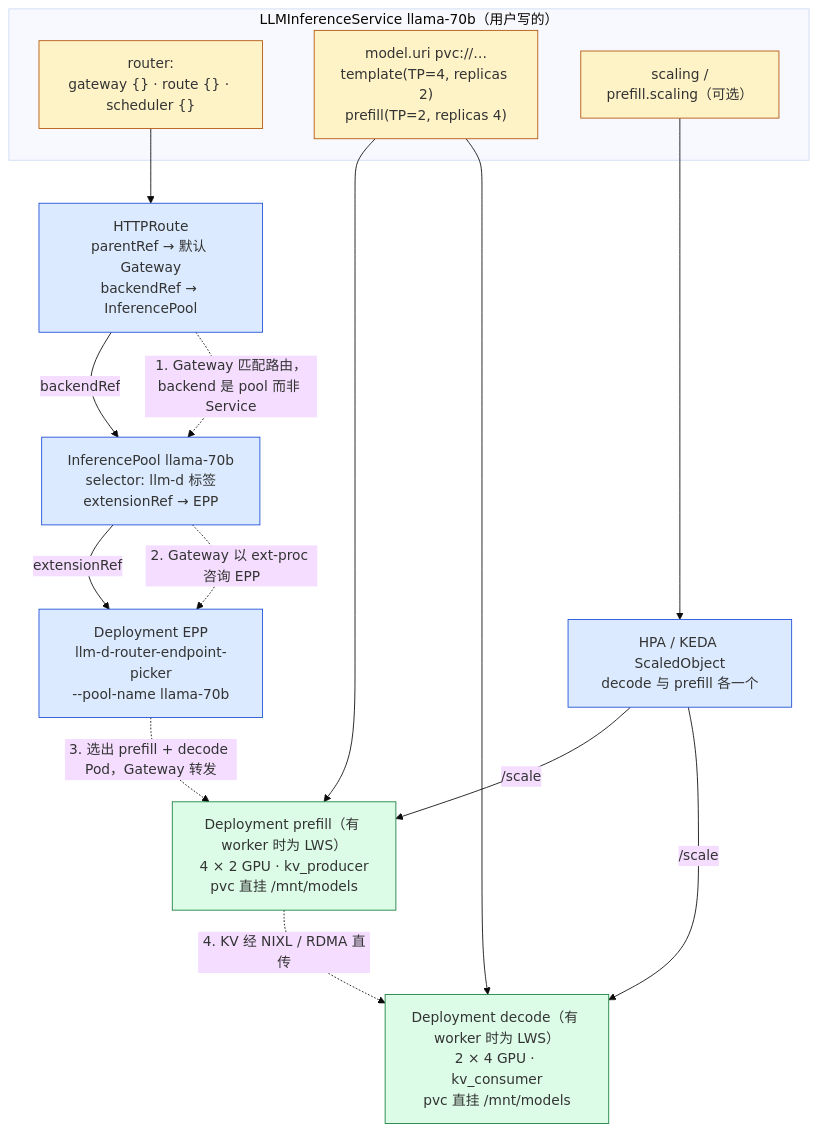
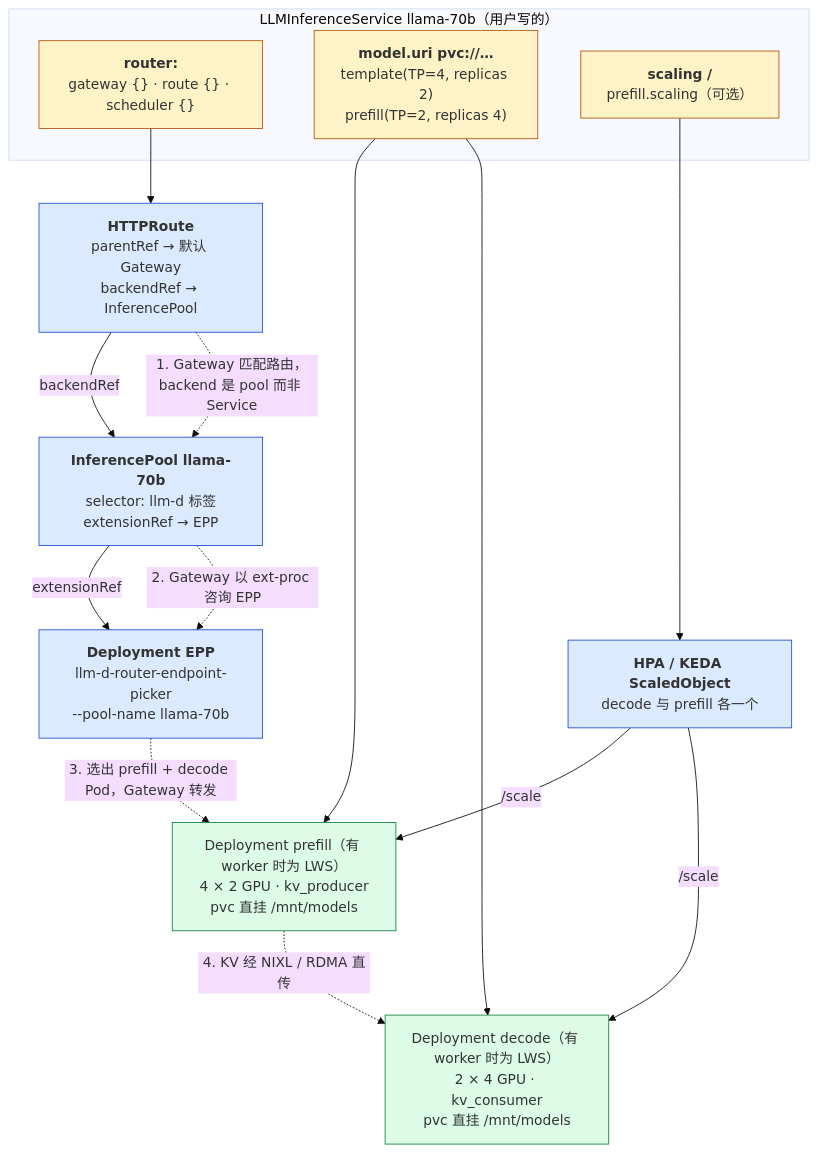
One commit to arganzheng/arganzheng.github.com changed the second of 4 diagrams in _posts/2026-09-20-serving-platforms-kserve-triton-ray-serve-llm-d.md. Above: the diagram before and after it, drawn with Mermaid (base theme). The commit also changed other lines of this file and 8 other files, not shown here.

First line of the commit message:
AI 平台工程：资源层与交付层：Mermaid 多行方框的首行标为标题（9 篇）

````diff
--- a/_posts/2026-09-20-serving-platforms-kserve-triton-ray-serve-llm-d.md
+++ b/_posts/2026-09-20-serving-platforms-kserve-triton-ray-serve-llm-d.md
@@ -498,33 +498,33 @@
 ```mermaid
 %% 图：LLMInferenceService 的生成物与请求路径：spec 的三块字段生成 HTTPRoute、InferencePool、EPP 与 prefill / decode 的 LWS，实线是生成、虚线是请求流
 flowchart TB
     subgraph spec["LLMInferenceService llama-70b（用户写的）"]
-        Srouter["router:<br/>gateway #123;#125; · route #123;#125; · scheduler #123;#125;"]
-        Swork["model.uri pvc://…<br/>template(TP=4, replicas 2)<br/>prefill(TP=2, replicas 4)"]
-        Sscaling["scaling /<br/>prefill.scaling（可选）"]
+        Srouter["<b>router:</b><br/>gateway #123;#125; · route #123;#125; · scheduler #123;#125;"]
+        Swork["<b>model.uri pvc://…</b><br/>template(TP=4, replicas 2)<br/>prefill(TP=2, replicas 4)"]
+        Sscaling["<b>scaling /</b><br/>prefill.scaling（可选）"]
     end
-    HR["HTTPRoute<br/>parentRef → 默认 Gateway<br/>backendRef → InferencePool"]
-    IP["InferencePool llama-70b<br/>selector: llm-d 标签<br/>extensionRef → EPP"]
-    EPP["Deployment EPP<br/>llm-d-router-endpoint-picker<br/>--pool-name llama-70b"]
+    HR["<b>HTTPRoute</b><br/>parentRef → 默认 Gateway<br/>backendRef → InferencePool"]
+    IP["<b>InferencePool llama-70b</b><br/>selector: llm-d 标签<br/>extensionRef → EPP"]
+    EPP["<b>Deployment EPP</b><br/>llm-d-router-endpoint-picker<br/>--pool-name llama-70b"]
     PRE["Deployment prefill（有 worker 时为 LWS）<br/>4 × 2 GPU · kv_producer<br/>pvc 直挂 /mnt/models"]
     DEC["Deployment decode（有 worker 时为 LWS）<br/>2 × 4 GPU · kv_consumer<br/>pvc 直挂 /mnt/models"]
-    SO["HPA / KEDA ScaledObject<br/>decode 与 prefill 各一个"]
+    SO["<b>HPA / KEDA ScaledObject</b><br/>decode 与 prefill 各一个"]
     Srouter --> HR
     HR -- "backendRef" --> IP
     IP -- "extensionRef" --> EPP
     Swork --> PRE
     Swork --> DEC
     Sscaling --> SO
     SO -- "/scale" --> PRE
     SO -- "/scale" --> DEC
     HR -. "1. Gateway 匹配路由，backend 是 pool 而非 Service" .-> IP
     IP -. "2. Gateway 以 ext-proc 咨询 EPP" .-> EPP
     EPP -. "3. 选出 prefill + decode Pod，Gateway 转发" .-> PRE
     PRE -. "4. KV 经 NIXL / RDMA 直传" .-> DEC
     classDef user fill:#fef3c7,stroke:#b45309;
     classDef obj fill:#dbeafe,stroke:#1d4ed8;
     classDef eng fill:#dcfce7,stroke:#15803d;
     class Srouter,Swork,Sscaling user;
     class HR,IP,EPP,SO obj;
     class PRE,DEC eng;
 ```
````
